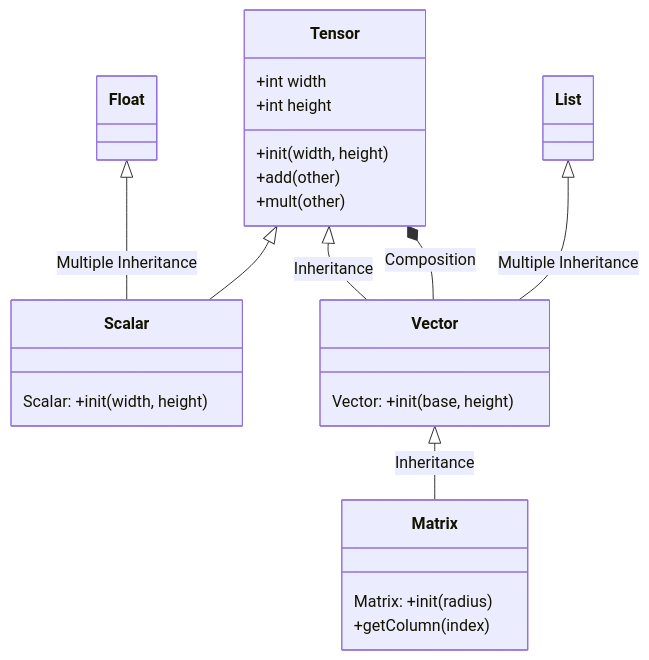
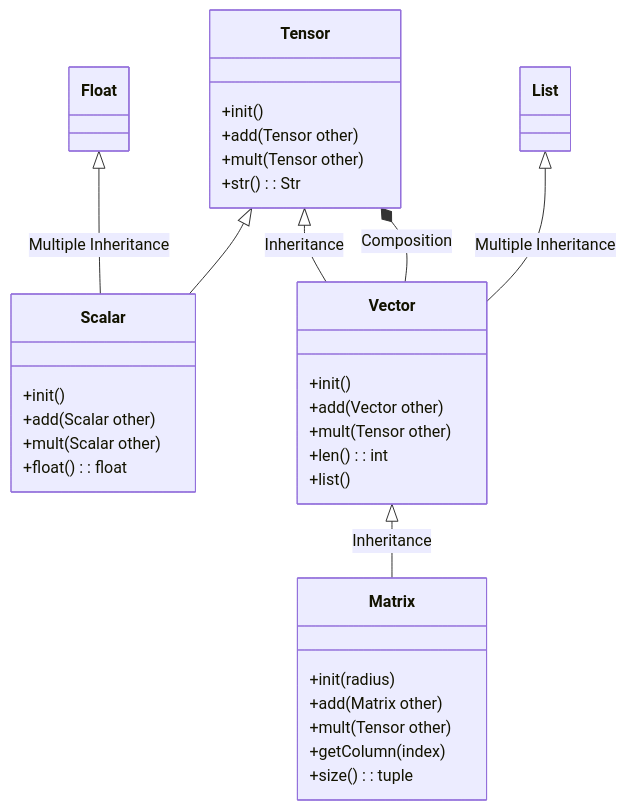
The diagram in diagrams/tensors.md (ElviravdVen/TINLABML_22-23), drawn with Mermaid before and after one commit.

Commit message:
Added types

````diff
--- a/diagrams/tensors.md
+++ b/diagrams/tensors.md
@@ -1,25 +1,39 @@
 ```mermaid
 classDiagram
     Tensor <|-- Scalar 
     Tensor <|-- Vector : Inheritance
-    Tensor: +init(width, height) 
-    Tensor : +int width
-    Tensor : +int height
-    Tensor: +add(other)
-    Tensor: +mult(other)
     Vector --* Tensor : Composition
     Float <|-- Scalar : Multiple Inheritance
     List <|-- Vector : Multiple Inheritance
     Vector <|-- Matrix : Inheritance
 
+    class Tensor {
+        +init() 
+        +add(Tensor other) 
+        +mult(Tensor other)
+        +str(): Str
+    }
+
     class Scalar {
-        Scalar: +init(width, height)
+        +init()
+        +add(Scalar other)
+        +mult(Scalar other)
+        +float(): float
     }
+
     class Vector {
-        Vector: +init(base, height)
+        +init()
+        +add(Vector other)
+        +mult(Tensor other)
+        +len(): int
+        +list()
     }
+
     class Matrix {
-        Matrix: +init(radius)
+        +init(radius)
+        +add(Matrix other)
+        +mult(Tensor other)
         +getColumn(index)
+        +size(): tuple
     }
 ```
````
